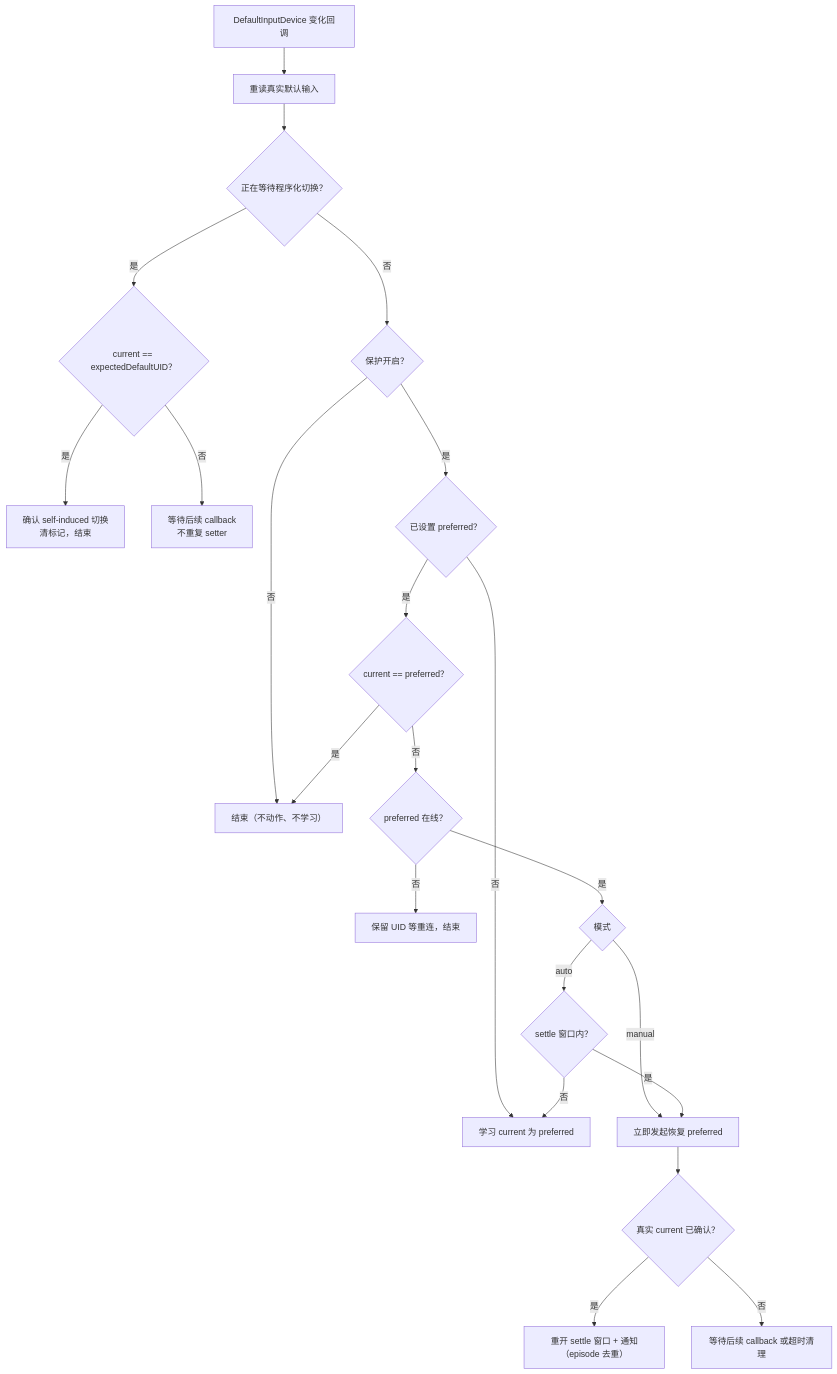
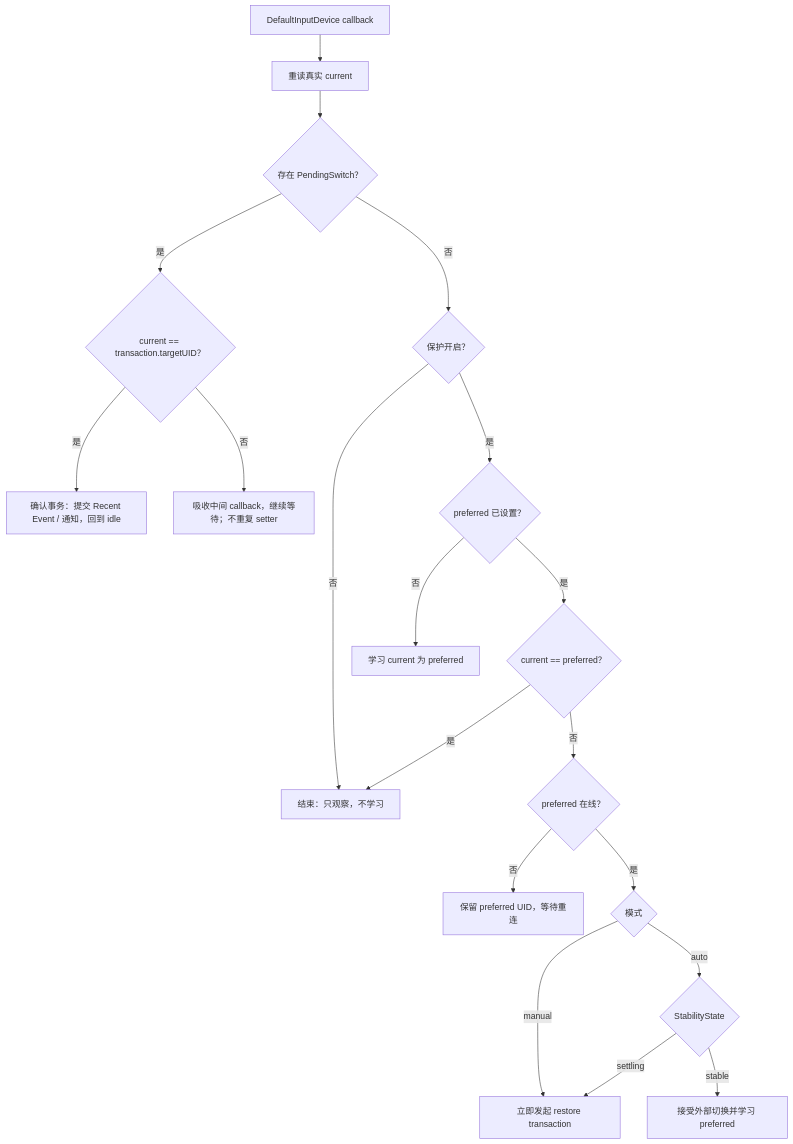
One commit to Forgo7ten/MicLock changed the second of 3 diagrams in docs/auto-mode.md. Above: the diagram before and after it, drawn with Mermaid. The commit also changed other lines of this file and 3 other files, not shown here.

````diff
--- a/docs/auto-mode.md
+++ b/docs/auto-mode.md
@@ -19,24 +47,21 @@
 ```mermaid
 flowchart TD
-    A["DefaultInputDevice 变化回调"] --> B["重读真实默认输入"]
-    B --> C{"正在等待程序化切换？"}
-    C -->|"是"| D{"current == expectedDefaultUID？"}
-    D -->|"是"| D1["确认 self-induced 切换<br/>清标记，结束"]
-    D -->|"否"| D2["等待后续 callback<br/>不重复 setter"]
-    C -->|"否"| E{"保护开启？"}
-    E -->|"否"| Z["结束（不动作、不学习）"]
-    E -->|"是"| F{"已设置 preferred？"}
-    F -->|"否"| L["学习 current 为 preferred"]
-    F -->|"是"| G{"current == preferred？"}
-    G -->|"是"| Z
-    G -->|"否"| H{"preferred 在线？"}
-    H -->|"否"| Z2["保留 UID 等重连，结束"]
-    H -->|"是"| I{"模式"}
-    I -->|"manual"| R["立即发起恢复 preferred"]
-    I -->|"auto"| J{"settle 窗口内？"}
-    J -->|"是"| R
-    J -->|"否"| L
-    R --> K{"真实 current 已确认？"}
-    K -->|"是"| Z3["重开 settle 窗口 + 通知（episode 去重）"]
-    K -->|"否"| K1["等待后续 callback 或超时清理"]
+    A["DefaultInputDevice callback"] --> B["重读真实 current"]
+    B --> C{"存在 PendingSwitch？"}
+    C -->|是| D{"current == transaction.targetUID？"}
+    D -->|是| D1["确认事务：提交 Recent Event / 通知，回到 idle"]
+    D -->|否| D2["吸收中间 callback，继续等待；不重复 setter"]
+    C -->|否| E{"保护开启？"}
+    E -->|否| Z[结束：只观察，不学习]
+    E -->|是| F{"preferred 已设置？"}
+    F -->|否| L[学习 current 为 preferred]
+    F -->|是| G{"current == preferred？"}
+    G -->|是| Z
+    G -->|否| H{"preferred 在线？"}
+    H -->|否| Z2[保留 preferred UID，等待重连]
+    H -->|是| I{"模式"}
+    I -->|manual| R[立即发起 restore transaction]
+    I -->|auto| J{"StabilityState"}
+    J -->|settling| R
+    J -->|stable| U[接受外部切换并学习 preferred]
 ```
````
